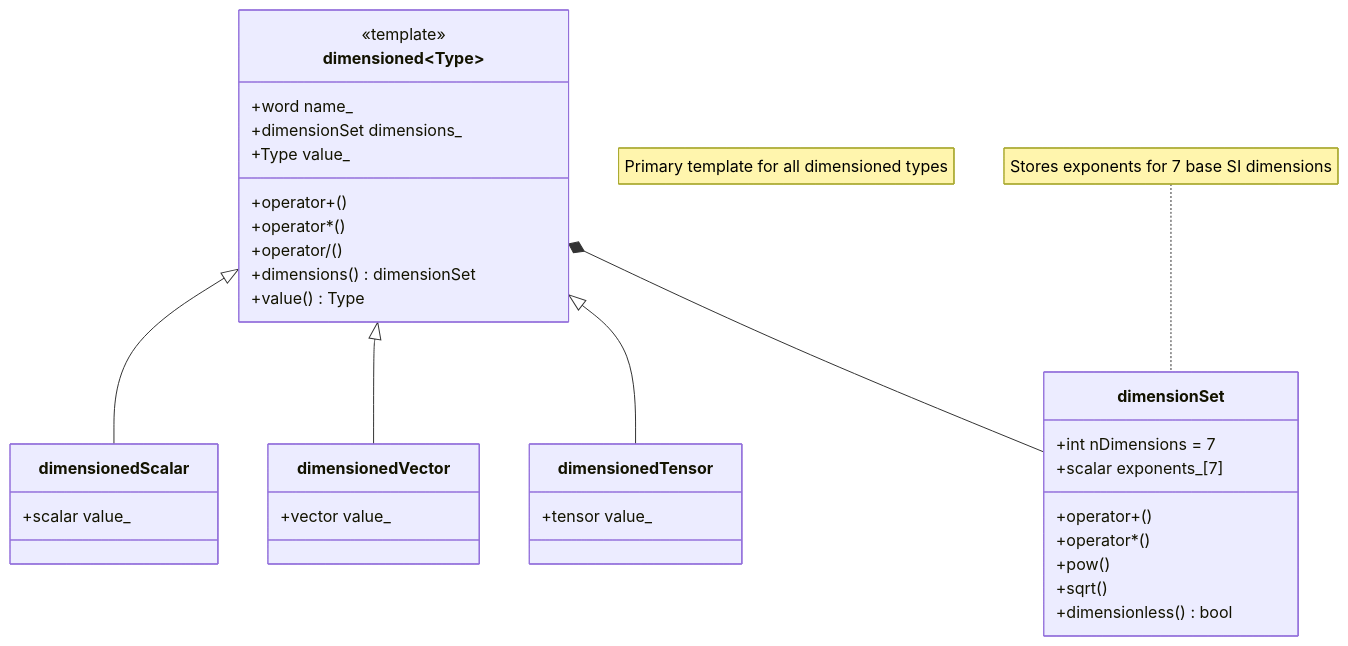
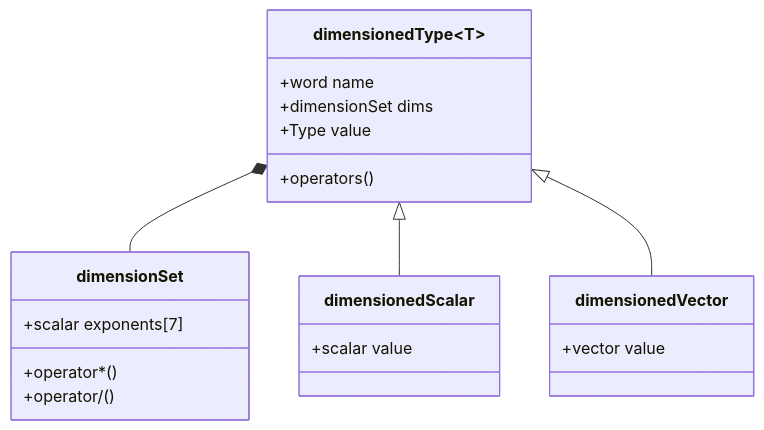
Before and after one commit to wramet/build-my-cfd: the diagram in MODULE_05_OPENFOAM_PROGRAMMING/CONTENT/02_DIMENSIONED_TYPES/08_Summary_and_Exercises.md, drawn with Mermaid. The commit also changed 313 other files, not shown here.

Commit message:
Revise all diagram

````diff
--- a/MODULE_05_OPENFOAM_PROGRAMMING/CONTENT/02_DIMENSIONED_TYPES/08_Summary_and_Exercises.md
+++ b/MODULE_05_OPENFOAM_PROGRAMMING/CONTENT/02_DIMENSIONED_TYPES/08_Summary_and_Exercises.md
@@ -1211,46 +1211,23 @@
 ```mermaid
 classDiagram
-    direction TB
-
-    class dimensioned~Type~ {
-        <<template>>
-        +word name_
-        +dimensionSet dimensions_
-        +Type value_
-        +operator+()
-        +operator*()
-        +operator/()
-        +dimensions() dimensionSet
-        +value() Type
-    }
-
-    class dimensionedScalar {
-        +scalar value_
-    }
-
-    class dimensionedVector {
-        +vector value_
-    }
-
-    class dimensionedTensor {
-        +tensor value_
-    }
-
-    class dimensionSet {
-        +int nDimensions = 7
-        +scalar exponents_[7]
-        +operator+()
-        +operator*()
-        +pow()
-        +sqrt()
-        +dimensionless() bool
-    }
-
-    dimensioned~Type~ <|-- dimensionedScalar
-    dimensioned~Type~ <|-- dimensionedVector
-    dimensioned~Type~ <|-- dimensionedTensor
-    dimensioned~Type~ *-- dimensionSet
-
-    note for dimensioned~Type~ "Primary template for all dimensioned types"
-    note for dimensionSet "Stores exponents for 7 base SI dimensions"
+class dimensionedType~T~ {
+    +word name
+    +dimensionSet dims
+    +Type value
+    +operators()
+}
+class dimensionSet {
+    +scalar exponents[7]
+    +operator*()
+    +operator/()
+}
+class dimensionedScalar {
+    +scalar value
+}
+class dimensionedVector {
+    +vector value
+}
+dimensionedType~T~ *-- dimensionSet
+dimensionedType~T~ <|-- dimensionedScalar
+dimensionedType~T~ <|-- dimensionedVector
 ```
````
